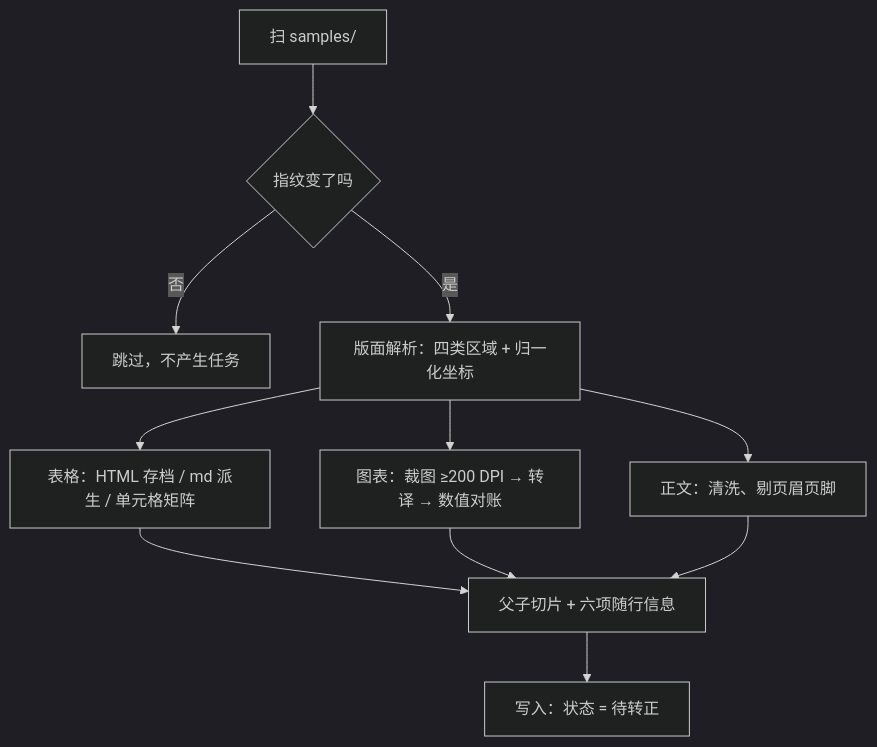
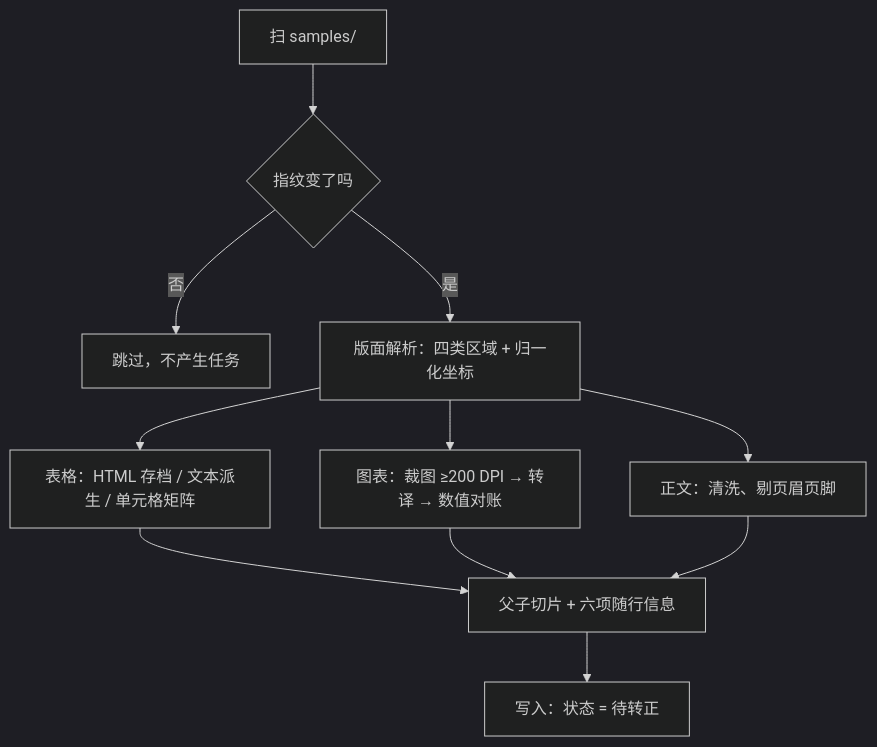
Before and after one commit to kvchen95/ai-rag: the fifth of 16 diagrams in 详细设计.md, drawn with Mermaid (dark theme). The commit also changed other lines of this file and 4 other files, not shown here.

First line of the commit message:
docs: 按当前实现重写架构图集、概要设计与详细设计

````diff
--- a/详细设计.md
+++ b/详细设计.md
@@ -157,13 +171,13 @@
 ```mermaid
 flowchart TD
     S["扫 samples/"] --> H{"指纹变了吗"}
     H -- 否 --> K["跳过，不产生任务"]
     H -- 是 --> L["版面解析：四类区域 + 归一化坐标"]
     L --> X["正文：清洗、剔页眉页脚"]
-    L --> T["表格：HTML 存档 / md 派生 / 单元格矩阵"]
+    L --> T["表格：HTML 存档 / 文本派生 / 单元格矩阵"]
     L --> F["图表：裁图 ≥200 DPI → 转译 → 数值对账"]
     T --> C["父子切片 + 六项随行信息"]
     F --> C
     X --> C
     C --> P["写入：状态 = 待转正"]
 ```
````
